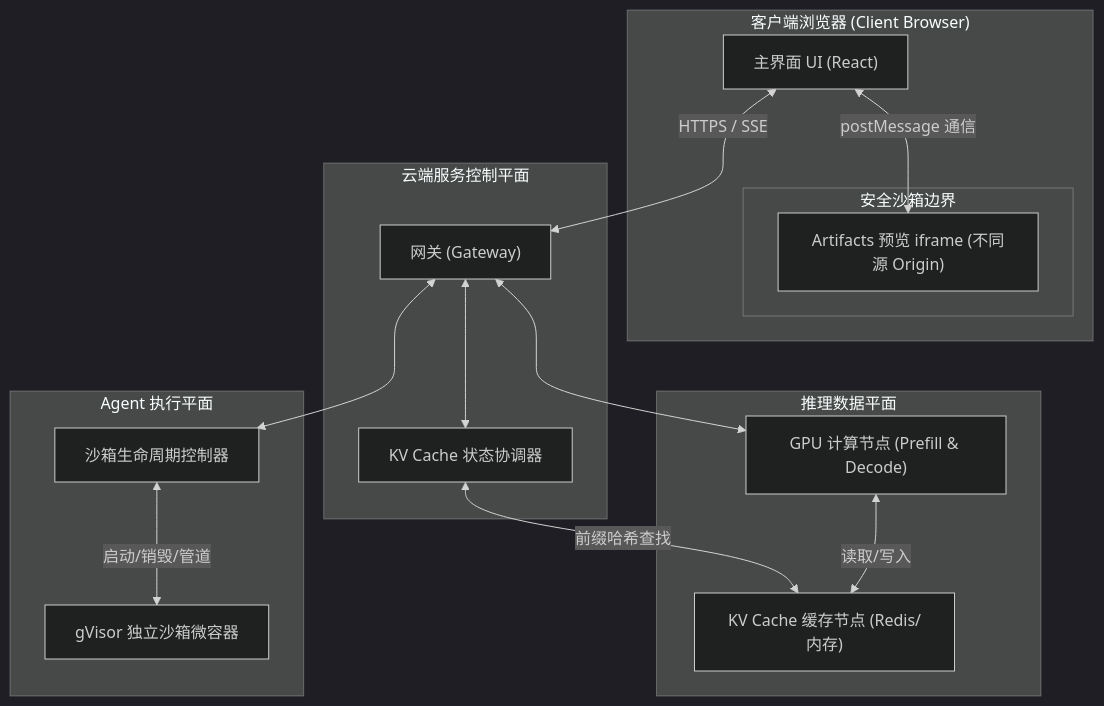
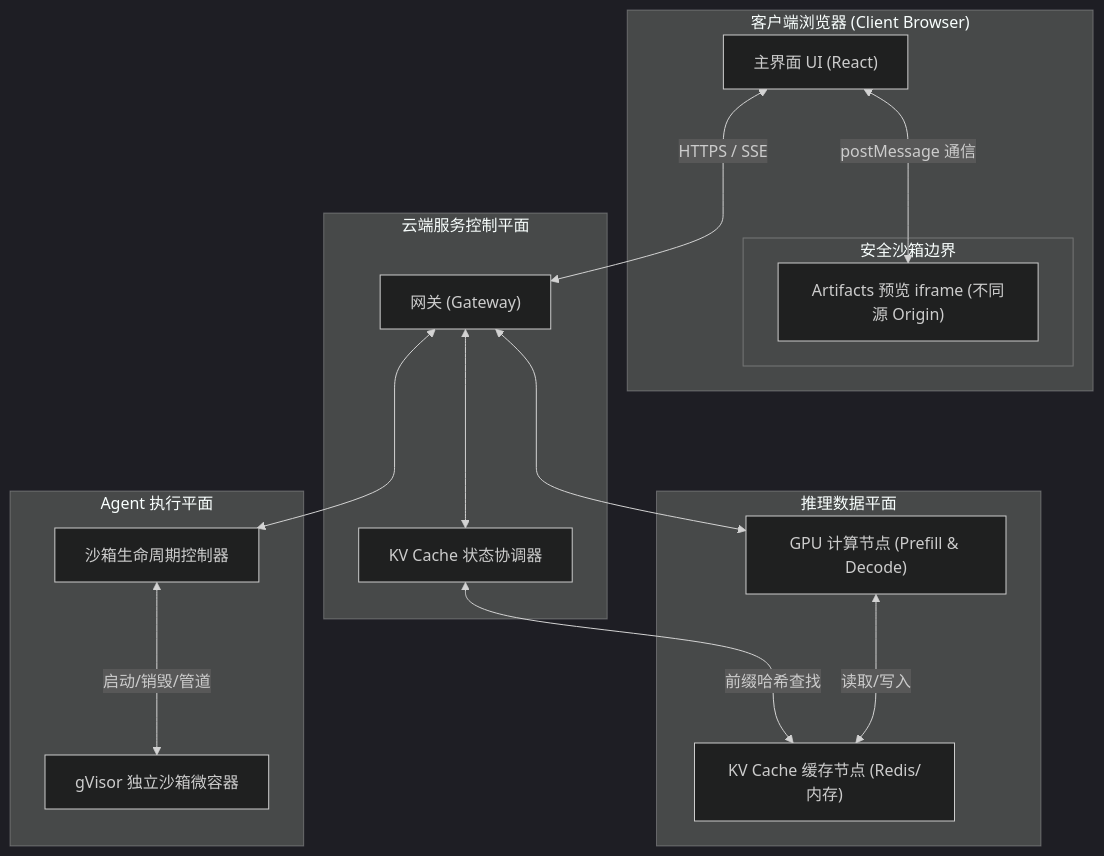
The third of 6 diagrams in docs/atlas/claude-gemini.mdx (koosai/AI-Architect-Learning), drawn with Mermaid (dark theme) before and after one commit. The commit also changed 68 other files, not shown here.

Commit message:
fix(atlas): fix browser client-side Mermaid rendering for mindmaps and flowcharts across 67 case studies

````diff
--- a/docs/atlas/claude-gemini.mdx
+++ b/docs/atlas/claude-gemini.mdx
@@ -98,33 +98,33 @@
 ```mermaid
 graph TB
   subgraph ClientSide["客户端浏览器 (Client Browser)"]
     MainUI["主界面 UI (React)"]
     subgraph SandboxBoundary["安全沙箱边界"]
       ArtifactsIframe["Artifacts 预览 iframe (不同源 Origin)"]
     end
   end
 
   subgraph CloudGateway["云端服务控制平面"]
     APIGateway["网关 (Gateway)"]
     CacheManager["KV Cache 状态协调器"]
   end
 
   subgraph InferencePlane["推理数据平面"]
     KVServer["KV Cache 缓存节点 (Redis/内存)"]
     GPUNode["GPU 计算节点 (Prefill & Decode)"]
   end
 
   subgraph SandboxPlane["Agent 执行平面"]
     SandboxController["沙箱生命周期控制器"]
     RunnerVM["gVisor 独立沙箱微容器"]
   end
 
-  MainUI <-->|HTTPS / SSE| APIGateway
-  MainUI <-->|postMessage 通信| ArtifactsIframe
-  APIGateway <--> CacheManager
-  CacheManager <-->|前缀哈希查找| KVServer
-  APIGateway <--> GPUNode
-  GPUNode <-->|读取/写入| KVServer
-  APIGateway <--> SandboxController
-  SandboxController <-->|启动/销毁/管道| RunnerVM
+  MainUI <--->|HTTPS / SSE| APIGateway
+  MainUI <--->|postMessage 通信| ArtifactsIframe
+  APIGateway <---> CacheManager
+  CacheManager <--->|前缀哈希查找| KVServer
+  APIGateway <---> GPUNode
+  GPUNode <--->|读取/写入| KVServer
+  APIGateway <---> SandboxController
+  SandboxController <--->|启动/销毁/管道| RunnerVM
 ```
````
